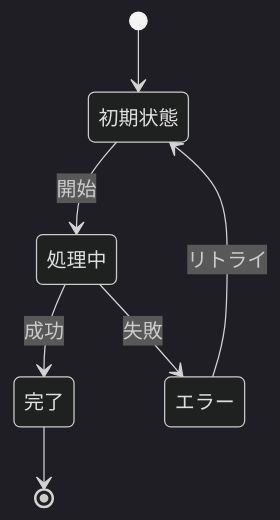
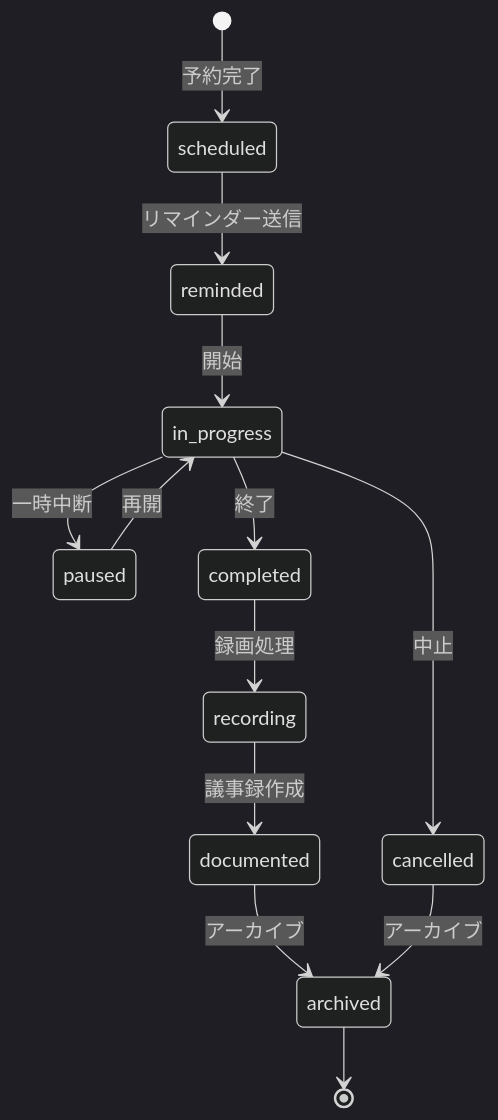
The diagram in consulting-dashboard-new/docs/parasol/services/collaboration-facilitation-service/capabilities/communication-delivery/operations/manage-meetings/operation.md (hmoriya/consultingTool), drawn with Mermaid (dark theme) before and after one commit. The commit also changed other lines of this file and 63 other files, not shown here.

````diff
--- a/consulting-dashboard-new/docs/parasol/services/collaboration-facilitation-service/capabilities/communication-delivery/operations/manage-meetings/operation.md
+++ b/consulting-dashboard-new/docs/parasol/services/collaboration-facilitation-service/capabilities/communication-delivery/operations/manage-meetings/operation.md
@@ -33,9 +57,15 @@
 ```mermaid
 stateDiagram-v2
-    [*] --> 初期状態
-    初期状態 --> 処理中: 開始
-    処理中 --> 完了: 成功
-    処理中 --> エラー: 失敗
-    エラー --> 初期状態: リトライ
-    完了 --> [*]
+    [*] --> scheduled: 予約完了
+    scheduled --> reminded: リマインダー送信
+    reminded --> in_progress: 開始
+    in_progress --> paused: 一時中断
+    paused --> in_progress: 再開
+    in_progress --> completed: 終了
+    in_progress --> cancelled: 中止
+    completed --> recording: 録画処理
+    recording --> documented: 議事録作成
+    documented --> archived: アーカイブ
+    cancelled --> archived: アーカイブ
+    archived --> [*]
 ```
````
